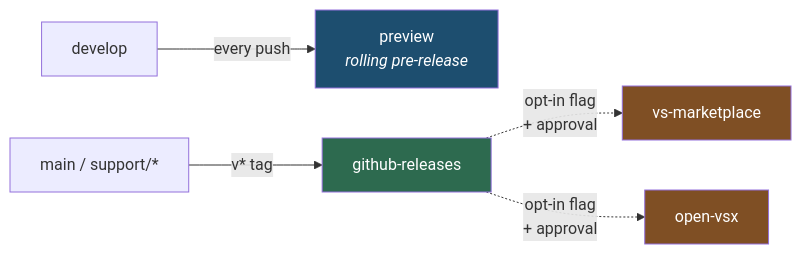
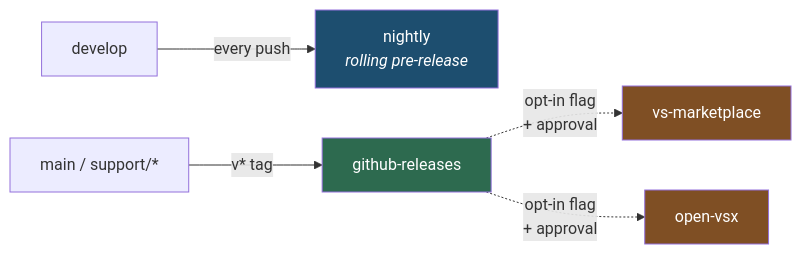
One commit to Fallout-build/Fallout.Extensions.VSCode changed the first of 2 diagrams in docs/releasing.md. Above: the diagram before and after it, drawn with Mermaid. The commit also changed other lines of this file and 6 other files, not shown here.

First line of the commit message:
Rename the rolling channel from preview to nightly

````diff
--- a/docs/releasing.md
+++ b/docs/releasing.md
@@ -31,12 +31,12 @@
 ```mermaid
 flowchart LR
-    DEV["develop"] -->|every push| PREV["preview<br/><i>rolling pre-release</i>"]
+    DEV["develop"] -->|every push| PREV["nightly<br/><i>rolling pre-release</i>"]
     MAIN["main / support/*"] -->|"v* tag"| GH["github-releases"]
     GH -.->|"opt-in flag<br/>+ approval"| VSM["vs-marketplace"]
     GH -.->|"opt-in flag<br/>+ approval"| OVSX["open-vsx"]
 
     style PREV fill:#1d4e6f,color:#fff
     style GH fill:#2d6a4f,color:#fff
     style VSM fill:#7f4f24,color:#fff
     style OVSX fill:#7f4f24,color:#fff
 ```
````
